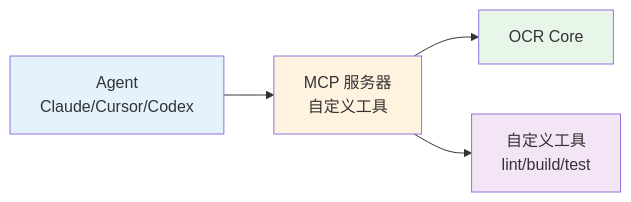
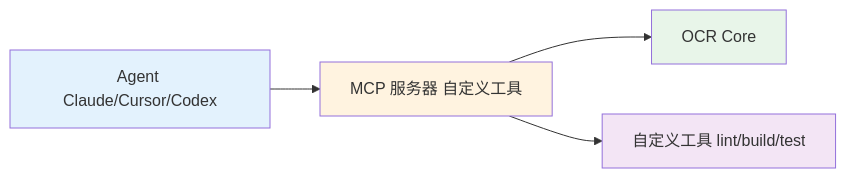
One commit to awesome-flexloop/awesome-okf changed the seventh of 7 diagrams in doc/bundles/jishu/ai/products/open-code-review/concepts/06-integrations.md. Above: the diagram before and after it, drawn with Mermaid. The commit also changed other lines of this file and 10 other files, not shown here.

First line of the commit message:
docs(bundle): 清偿 Open Code Review 存量 Mermaid 违规避免规范漂移累积

````diff
--- a/doc/bundles/jishu/ai/products/open-code-review/concepts/06-integrations.md
+++ b/doc/bundles/jishu/ai/products/open-code-review/concepts/06-integrations.md
@@ -533,11 +516,10 @@
 ```mermaid
 flowchart LR
-    AGENT["Agent<br/>Claude/Cursor/Codex"] --> MCP["MCP 服务器<br/>自定义工具"]
+    AGENT["Agent Claude/Cursor/Codex"] --> MCP["MCP 服务器 自定义工具"]
     MCP --> OCR["OCR Core"]
-    MCP --> CUSTOM["自定义工具<br/>lint/build/test"]
-
+    MCP --> CUSTOM["自定义工具 lint/build/test"]
     style AGENT fill:#e3f2fd
     style MCP fill:#fff3e0
     style OCR fill:#e8f5e9
     style CUSTOM fill:#f3e5f5
 ```
````
